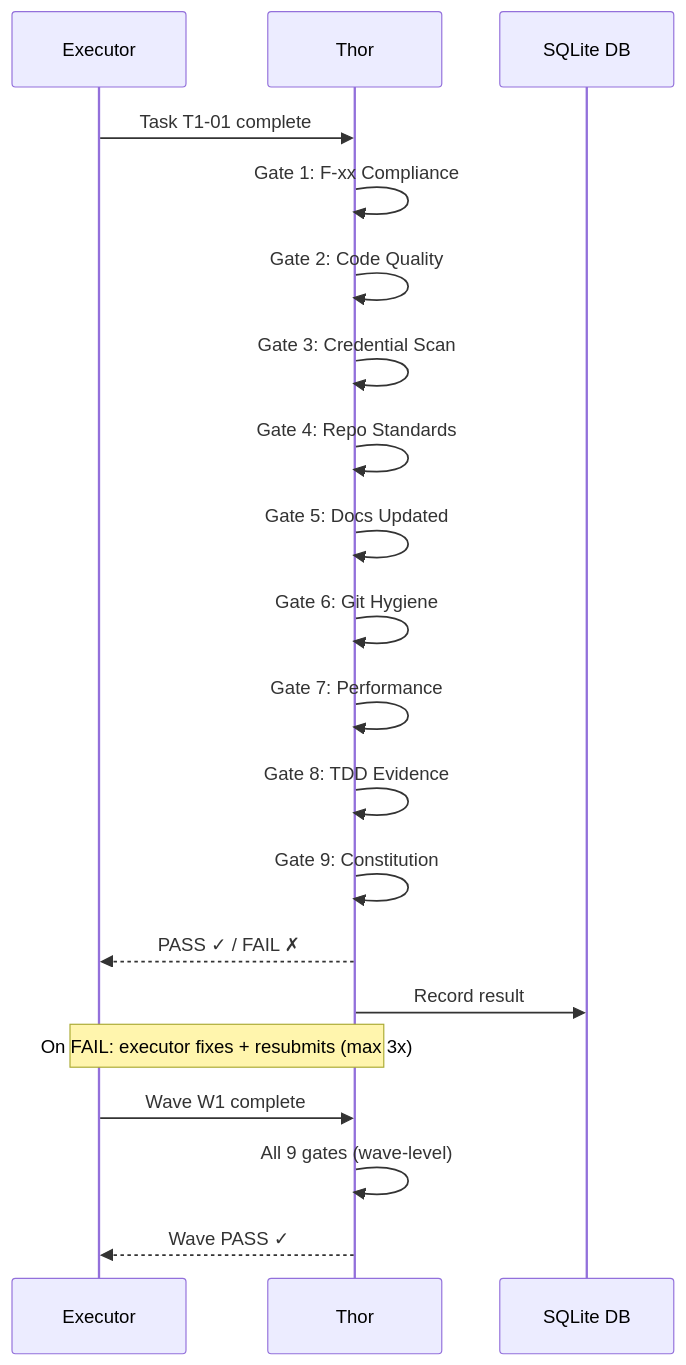
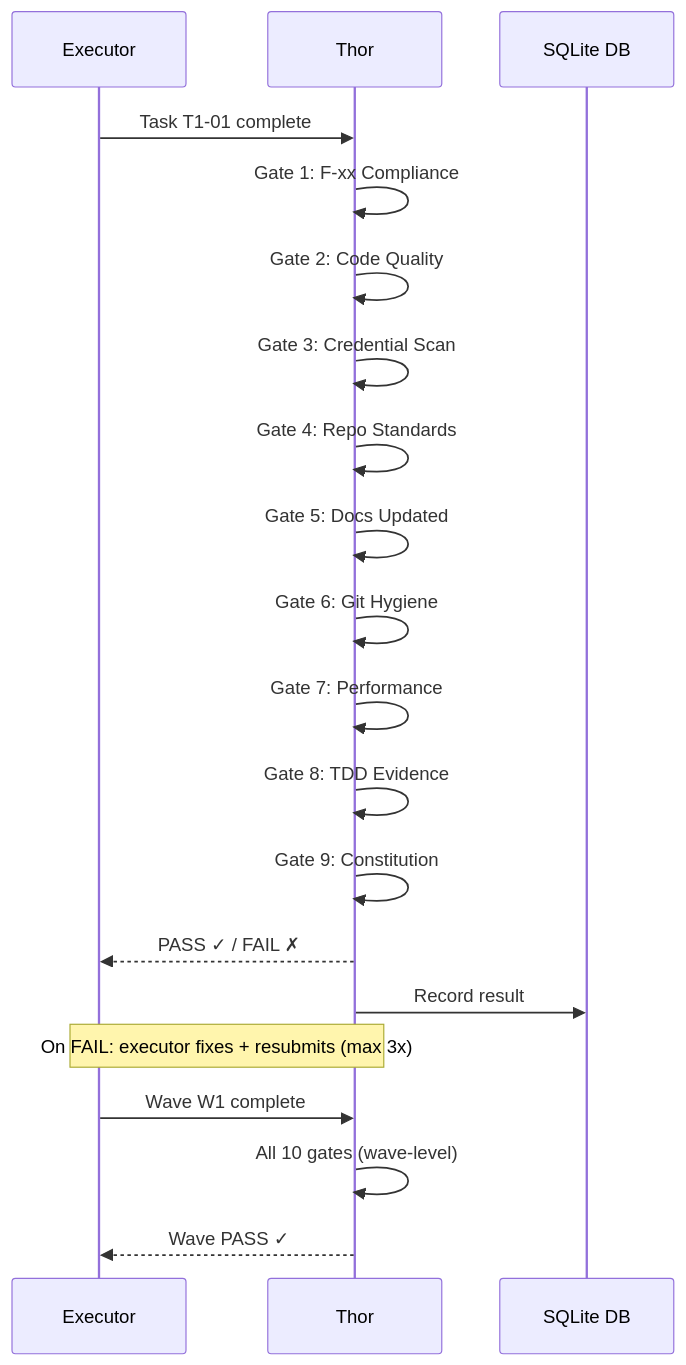
The third of 4 diagrams in docs/workflow.md (Roberdan/MyConvergio), drawn with Mermaid before and after one commit. The commit also changed other lines of this file and 16 other files, not shown here.

````diff
--- a/docs/workflow.md
+++ b/docs/workflow.md
@@ -127,22 +127,22 @@
 ```mermaid
 sequenceDiagram
     participant EX as Executor
     participant TH as Thor
     participant DB as SQLite DB
     EX->>TH: Task T1-01 complete
     TH->>TH: Gate 1: F-xx Compliance
     TH->>TH: Gate 2: Code Quality
     TH->>TH: Gate 3: Credential Scan
     TH->>TH: Gate 4: Repo Standards
     TH->>TH: Gate 5: Docs Updated
     TH->>TH: Gate 6: Git Hygiene
     TH->>TH: Gate 7: Performance
     TH->>TH: Gate 8: TDD Evidence
     TH->>TH: Gate 9: Constitution
     TH-->>EX: PASS ✓ / FAIL ✗
     TH->>DB: Record result
     Note over EX,TH: On FAIL: executor fixes + resubmits (max 3x)
     EX->>TH: Wave W1 complete
-    TH->>TH: All 9 gates (wave-level)
+    TH->>TH: All 10 gates (wave-level)
     TH-->>EX: Wave PASS ✓
 ```
````
